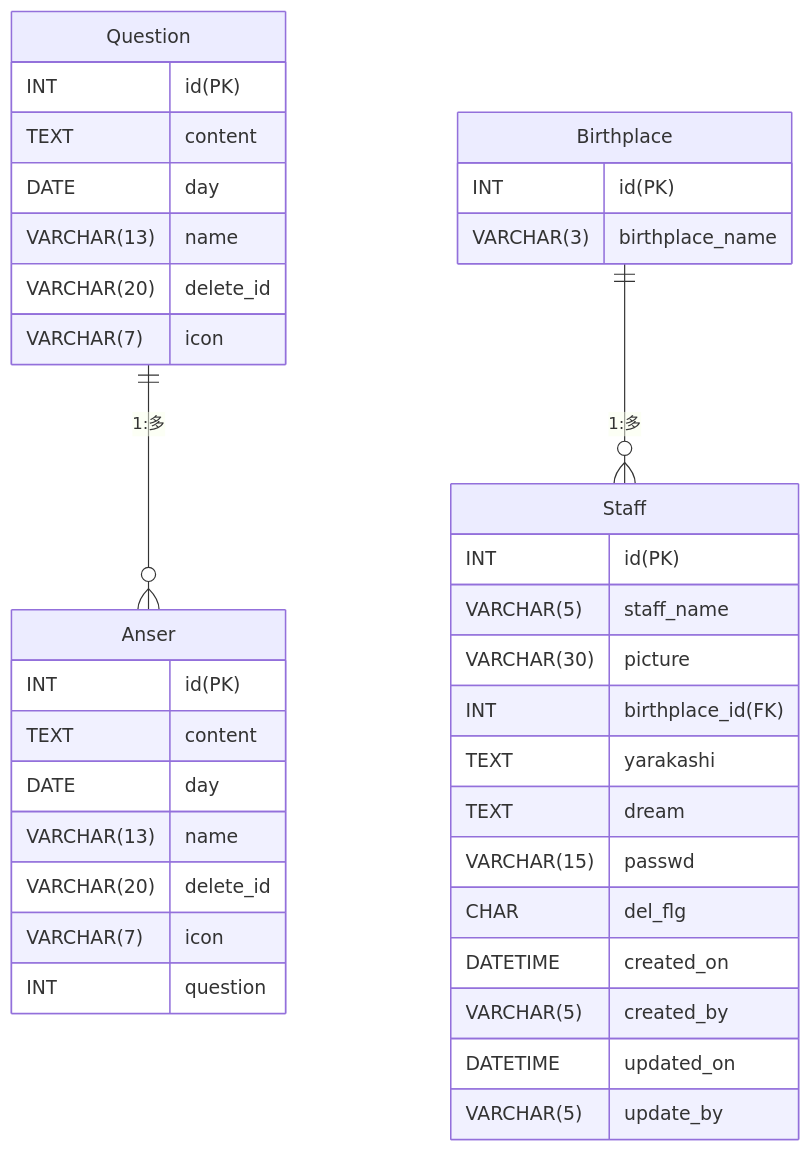
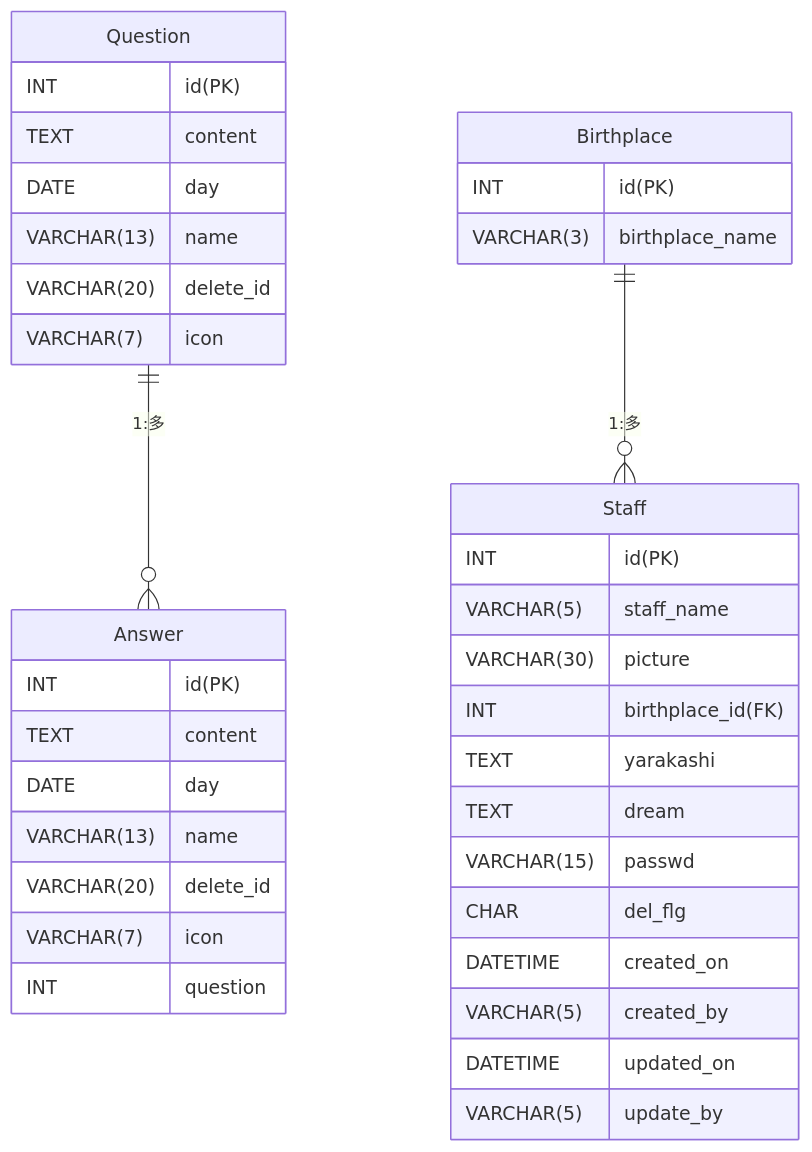
One commit to juntaso/kintone changed the diagram in er.md. Above: the diagram before and after it, drawn with Mermaid.

````diff
--- a/er.md
+++ b/er.md
@@ -1,47 +1,47 @@
 ```mermaid
 erDiagram
 
-Question ||--o{ Anser: "1:多"
+Question ||--o{ Answer: "1:多"
 Birthplace ||--o{ Staff: "1:多"
 
 Question{
 INT id(PK)
 TEXT content
 DATE day
 VARCHAR(13) name
 VARCHAR(20) delete_id
 VARCHAR(7) icon
 }
 
-Anser{
+Answer{
 INT id(PK)
 TEXT content
 DATE day
 VARCHAR(13) name
 VARCHAR(20) delete_id
 VARCHAR(7) icon
 INT question
 }
 
 Staff{
  INT id(PK)
  VARCHAR(5) staff_name
  VARCHAR(30) picture
  INT birthplace_id(FK)
  TEXT yarakashi
  TEXT dream
  VARCHAR(15) passwd
  CHAR del_flg
  DATETIME created_on
  VARCHAR(5) created_by
  DATETIME updated_on
  VARCHAR(5) update_by
 }
 
 Birthplace{
 INT id(PK)
 VARCHAR(3) birthplace_name
 }
 
 
 ```
````
